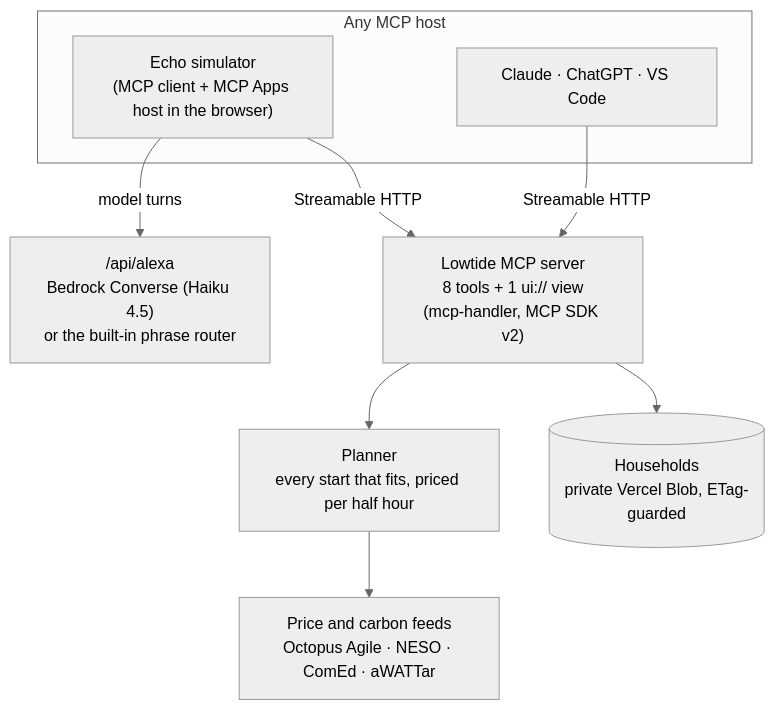
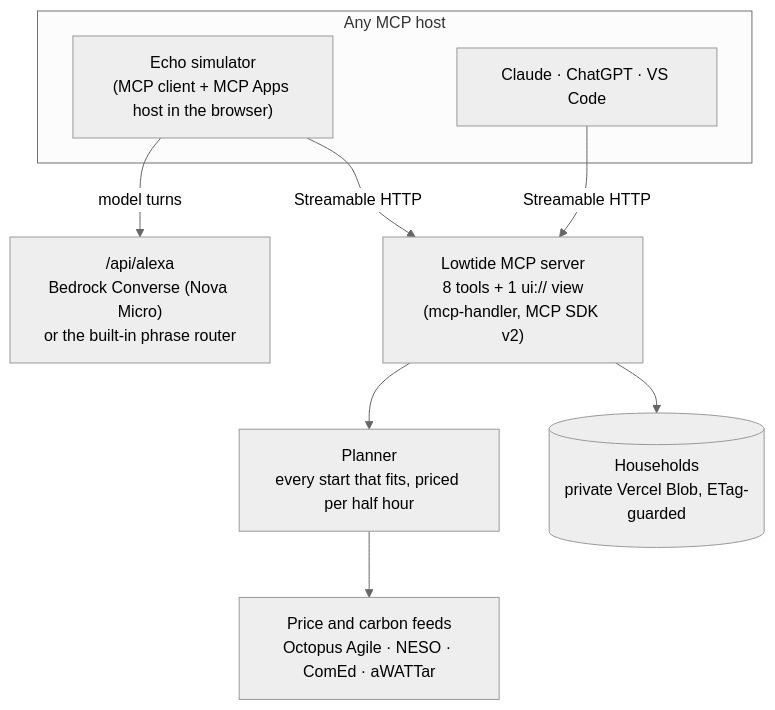
The second of 2 diagrams in README.md (RohanGlitched/lowtide), drawn with Mermaid (neutral theme) before and after one commit. The commit also changed other lines of this file and 4 other files, not shown here.

Commit message:
Docs: Amazon Nova Micro on Bedrock in Sydney, signed requests; friction log entry on Bedrock API keys blocked by an SCP

````diff
--- a/README.md
+++ b/README.md
@@ -97,13 +97,13 @@
 ```mermaid
 flowchart TB
     subgraph Hosts["Any MCP host"]
         ECHO["Echo simulator<br/>(MCP client + MCP Apps host in the browser)"]
         CLAUDE["Claude · ChatGPT · VS Code"]
     end
-    ECHO -- "model turns" --> ALEXA["/api/alexa<br/>Bedrock Converse (Haiku 4.5)<br/>or the built-in phrase router"]
+    ECHO -- "model turns" --> ALEXA["/api/alexa<br/>Bedrock Converse (Nova Micro)<br/>or the built-in phrase router"]
     ECHO -- "Streamable HTTP" --> MCP
     CLAUDE -- "Streamable HTTP" --> MCP
     MCP["Lowtide MCP server<br/>8 tools + 1 ui:// view<br/>(mcp-handler, MCP SDK v2)"] --> PLAN["Planner<br/>every start that fits, priced per half hour"]
     PLAN --> FEEDS["Price and carbon feeds<br/>Octopus Agile · NESO · ComEd · aWATTar"]
     MCP --> STORE[("Households<br/>private Vercel Blob, ETag-guarded")]
 ```
````
